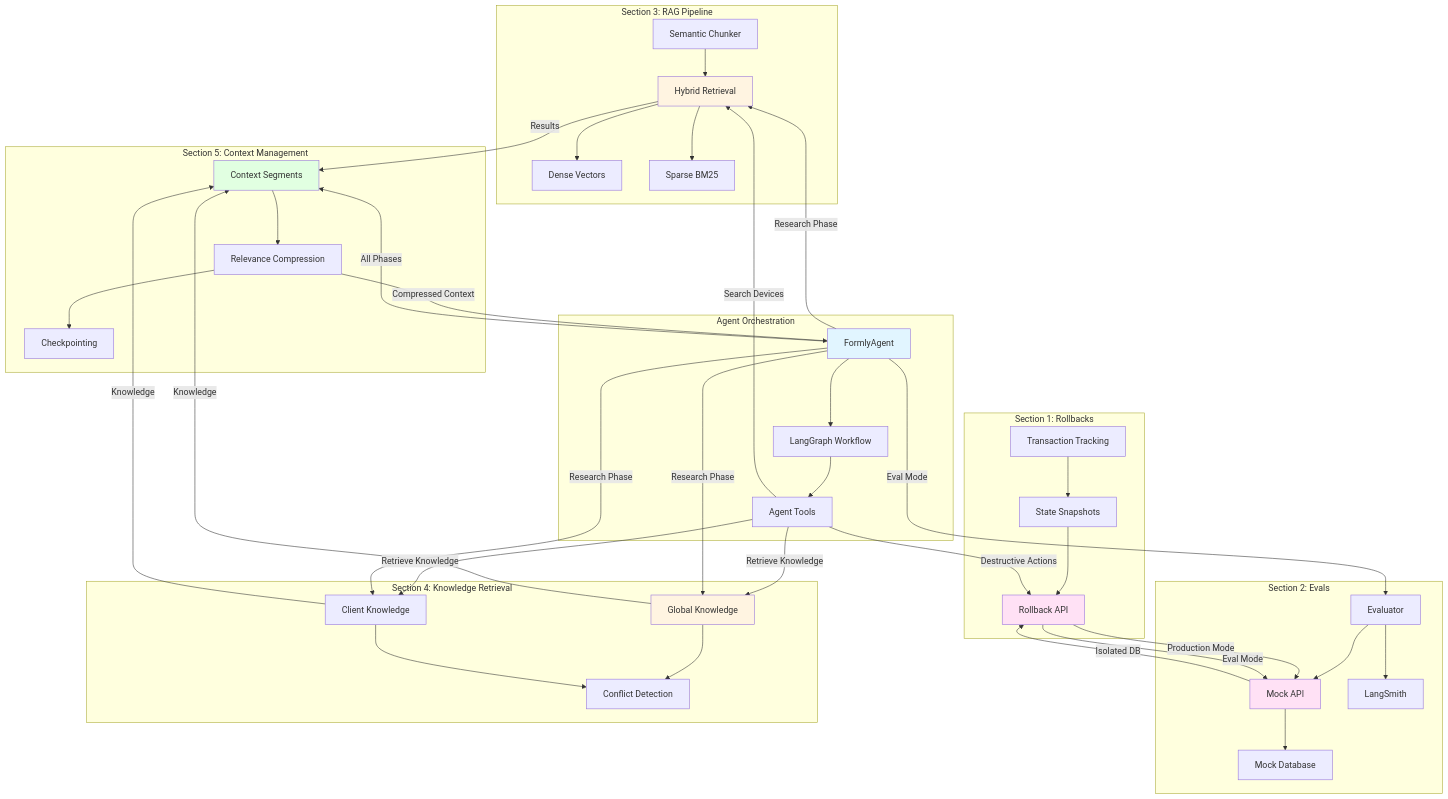
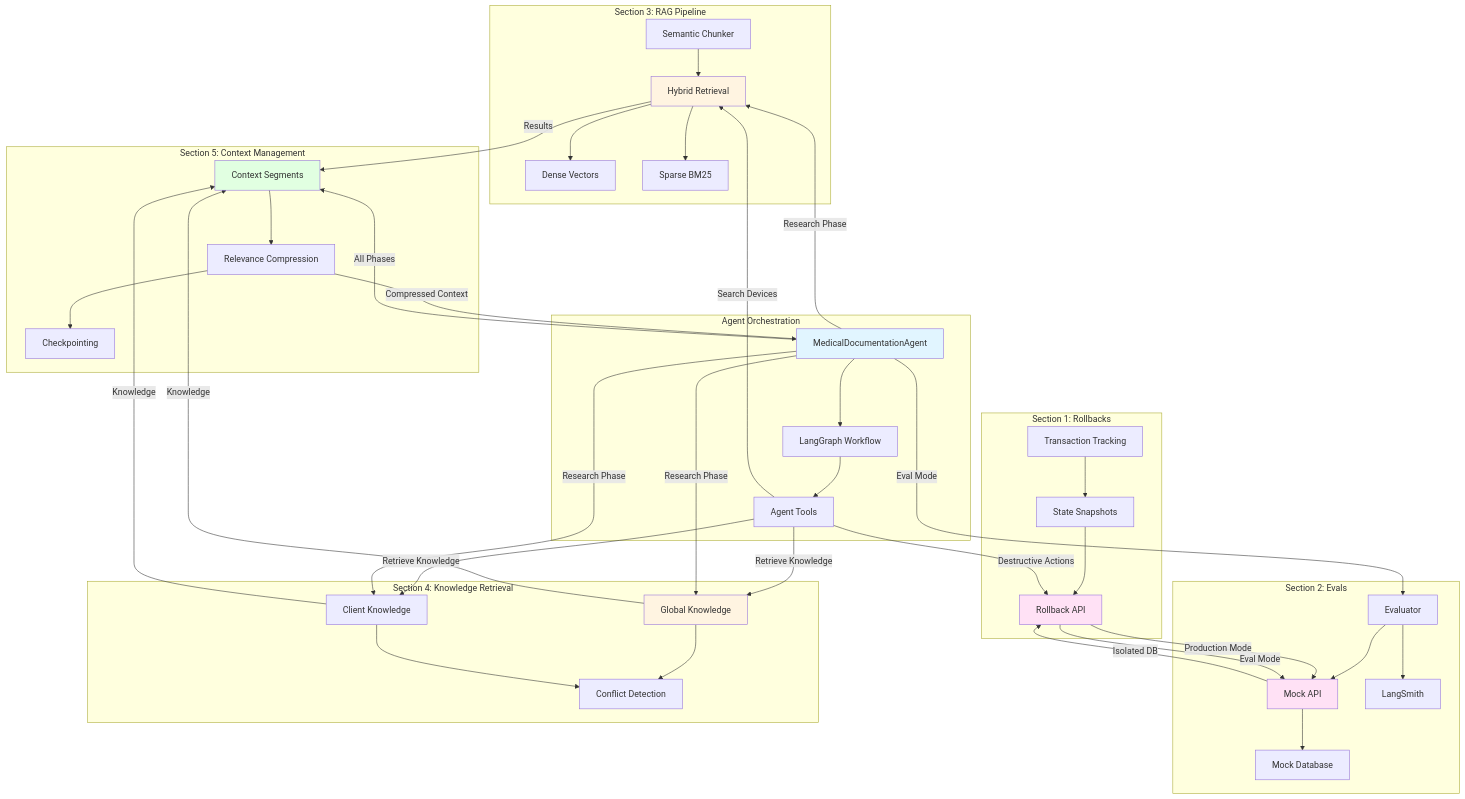
One commit to deepyad/Medical_Documentation_Agents changed the fifth of 12 diagrams in Documentation/ARCHITECTURE_FLOW_DIAGRAMS.md. Above: the diagram before and after it, drawn with Mermaid. The commit also changed other lines of this file and 14 other files, not shown here.

```diff
--- a/Documentation/ARCHITECTURE_FLOW_DIAGRAMS.md
+++ b/Documentation/ARCHITECTURE_FLOW_DIAGRAMS.md
@@ -654,7 +654,7 @@
     end
     
     subgraph "Agent Orchestration"
-        Agent[FormlyAgent]
+        Agent[MedicalDocumentationAgent]
         Tools[Agent Tools]
         Workflow[LangGraph Workflow]
     end
```
